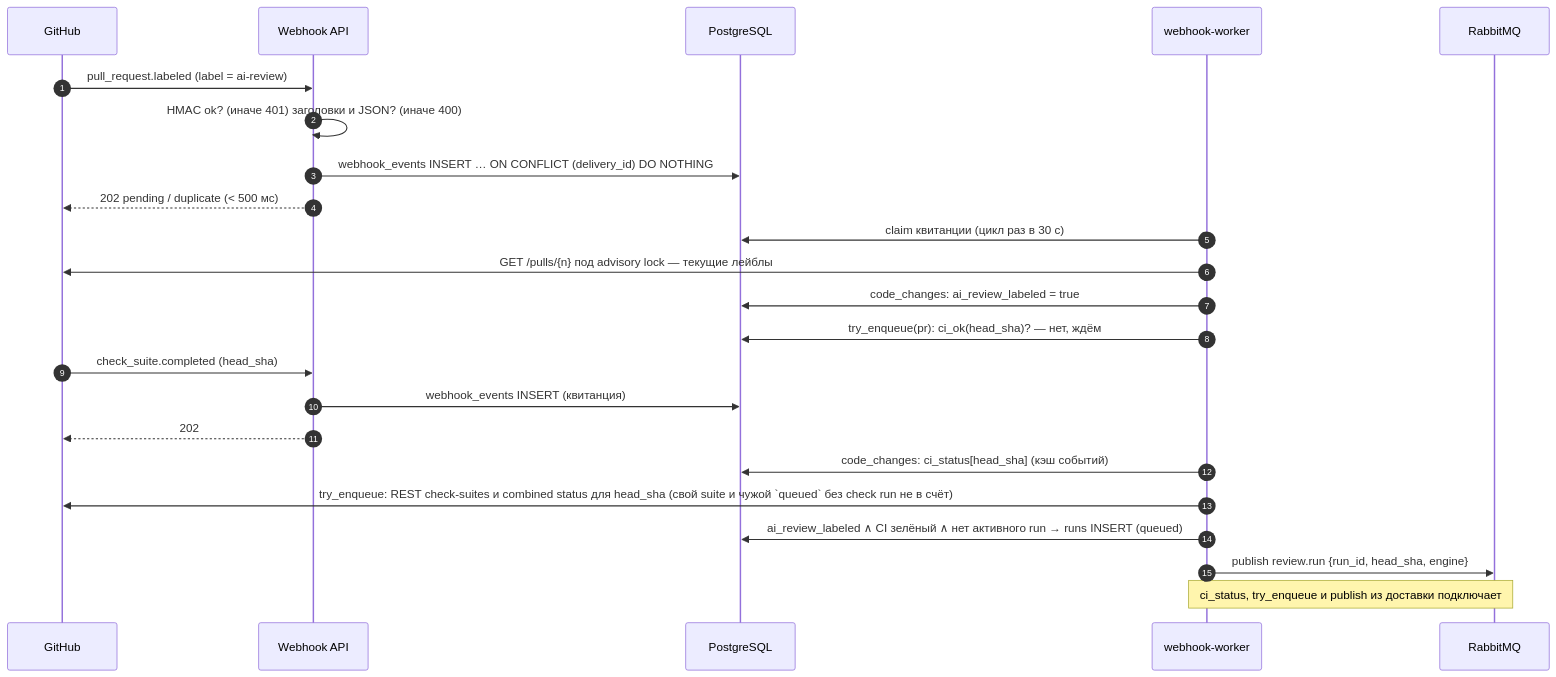
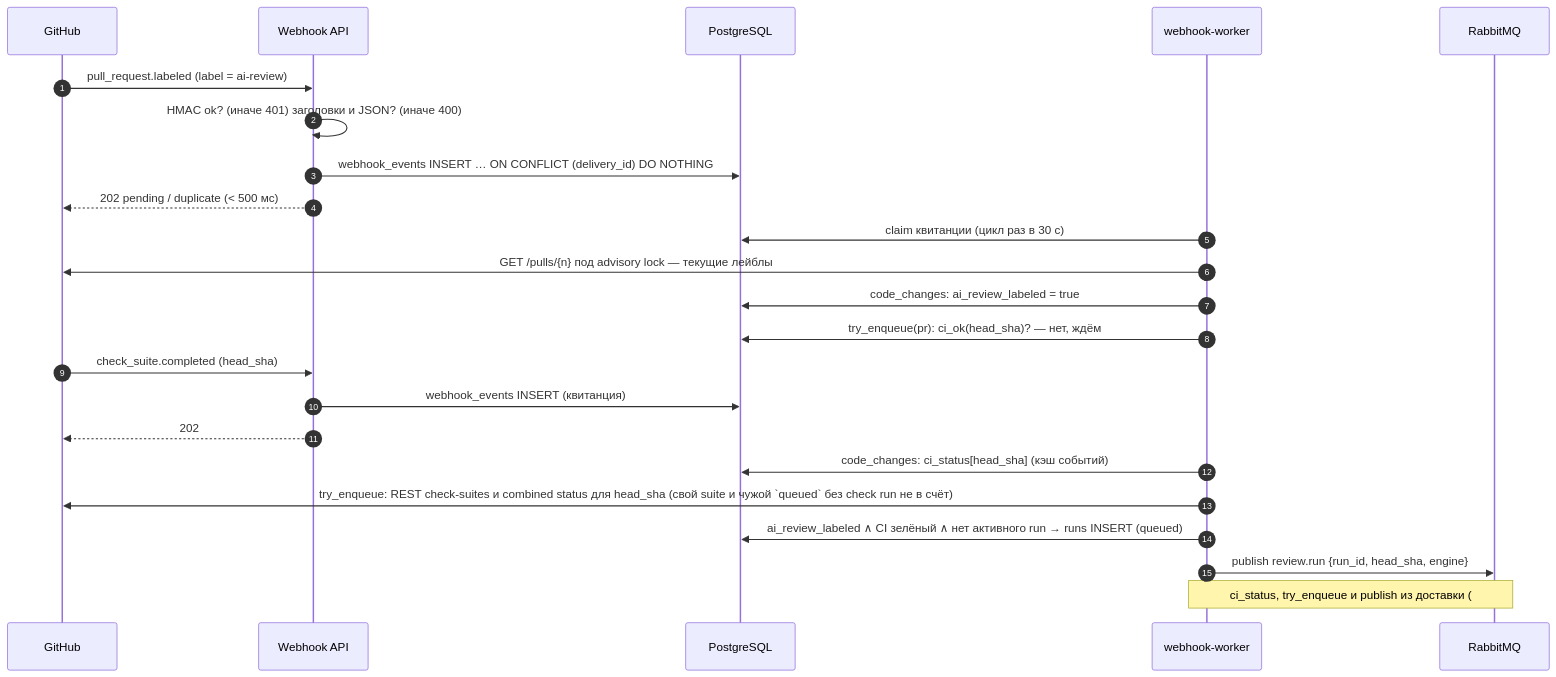
One commit to larchanka-training/dmc-268-api-t6 changed the fourth of 13 diagrams in docs/SYSTEM_DESIGN.md. Above: the diagram before and after it, drawn with Mermaid. The commit also changed other lines of this file and 4 other files, not shown here.

````diff
--- a/docs/SYSTEM_DESIGN.md
+++ b/docs/SYSTEM_DESIGN.md
@@ -226,27 +226,27 @@
 ```mermaid
 sequenceDiagram
   autonumber
   participant GH as GitHub
   participant WH as Webhook API
   participant PG as PostgreSQL
   participant WW as webhook-worker
   participant MQ as RabbitMQ
 
   GH->>WH: pull_request.labeled (label = ai-review)
   WH->>WH: HMAC ok? (иначе 401) заголовки и JSON? (иначе 400)
   WH->>PG: webhook_events INSERT … ON CONFLICT (delivery_id) DO NOTHING
   WH-->>GH: 202 pending / duplicate (< 500 мс)
   WW->>PG: claim квитанции (цикл раз в 30 с)
   WW->>GH: GET /pulls/{n} под advisory lock — текущие лейблы
   WW->>PG: code_changes: ai_review_labeled = true
   WW->>PG: try_enqueue(pr): ci_ok(head_sha)? — нет, ждём
 
   GH->>WH: check_suite.completed (head_sha)
   WH->>PG: webhook_events INSERT (квитанция)
   WH-->>GH: 202
   WW->>PG: code_changes: ci_status[head_sha] (кэш событий)
   WW->>GH: try_enqueue: REST check-suites и combined status для head_sha (свой suite и чужой `queued` без check run не в счёт)
   WW->>PG: ai_review_labeled ∧ CI зелёный ∧ нет активного run → runs INSERT (queued)
   WW->>MQ: publish review.run {run_id, head_sha, engine}
-  Note over WW,MQ: ci_status, try_enqueue и publish из доставки подключает #52
+  Note over WW,MQ: ci_status, try_enqueue и publish из доставки (#52)
 ```
````
